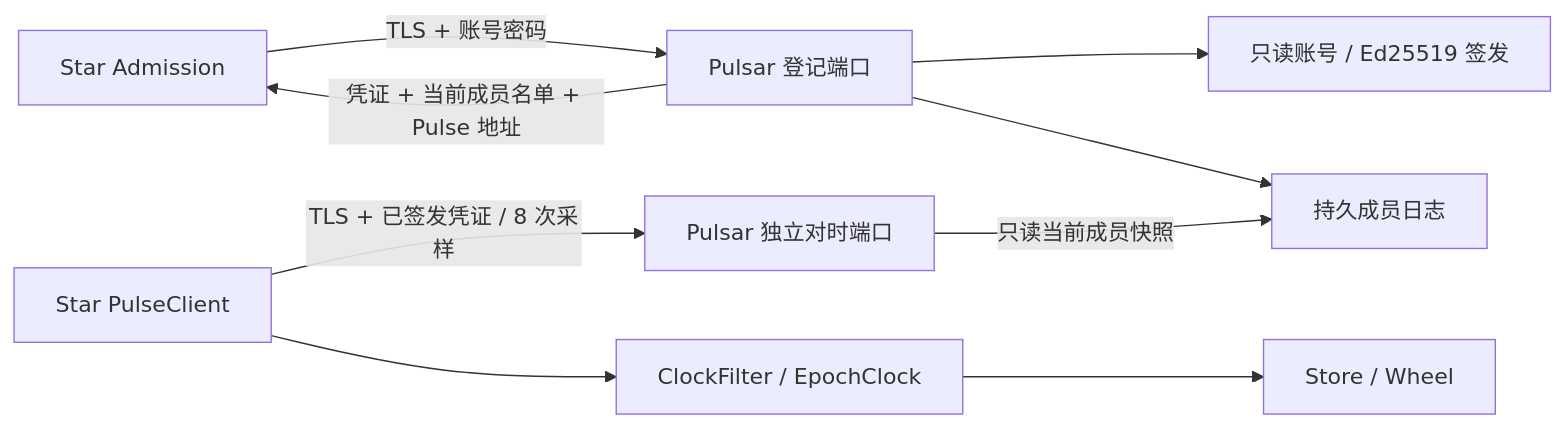
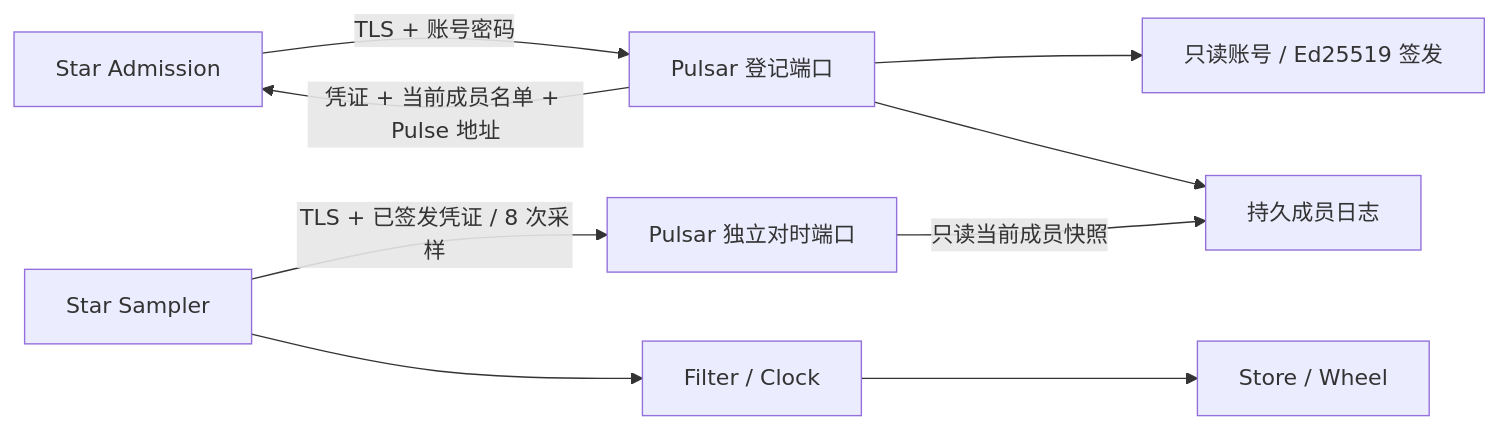
The diagram in astra/pulsar/design.md (eosforge/verdandi), drawn with Mermaid before and after one commit. The commit also changed other lines of this file and 81 other files, not shown here.

````diff
--- a/astra/pulsar/design.md
+++ b/astra/pulsar/design.md
@@ -13,11 +13,11 @@
 ```mermaid
 flowchart LR
     S[Star Admission] -->|TLS + 账号密码| I[Pulsar 登记端口]
     I --> A[只读账号 / Ed25519 签发]
     I --> L[持久成员日志]
     I -->|凭证 + 当前成员名单 + Pulse 地址| S
-    C[Star PulseClient] -->|TLS + 已签发凭证 / 8 次采样| P[Pulsar 独立对时端口]
+    C[Star Sampler] -->|TLS + 已签发凭证 / 8 次采样| P[Pulsar 独立对时端口]
     P -->|只读当前成员快照| L
-    C --> F[ClockFilter / EpochClock]
+    C --> F[Filter / Clock]
     F --> T[Store / Wheel]
 ```
````
